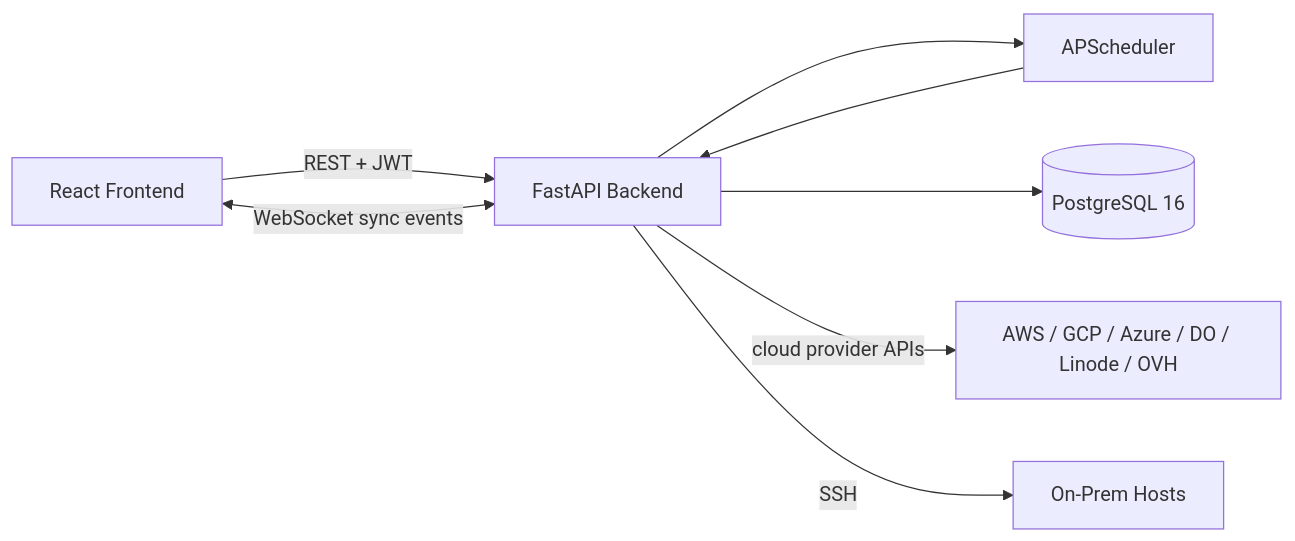
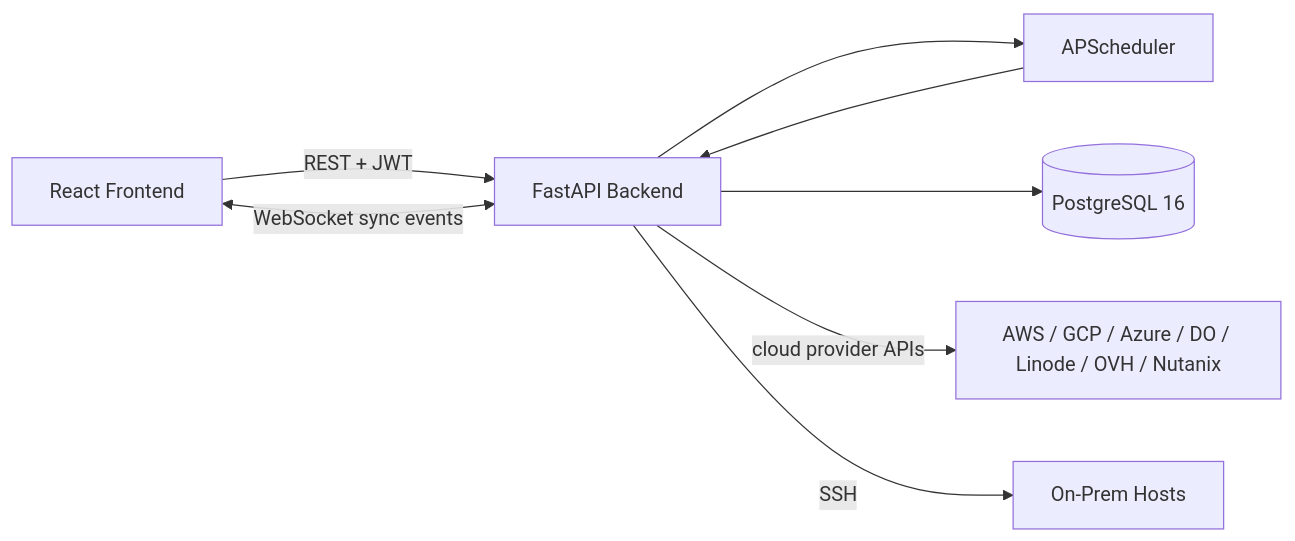
Before and after one commit to rushikeshsakharleofficial/server-inventory: the diagram in README.md, drawn with Mermaid. The commit also changed other lines of this file, not shown here.

Commit message:
document Nutanix provider and object storage in README

````diff
--- a/README.md
+++ b/README.md
@@ -339,10 +350,10 @@
 ```mermaid
 graph LR
     Browser[React Frontend] -- REST + JWT --> API[FastAPI Backend]
     Browser <-- WebSocket sync events --> API
     API --> Scheduler[APScheduler]
     API --> DB[(PostgreSQL 16)]
     Scheduler --> API
-    API -- cloud provider APIs --> Cloud[AWS / GCP / Azure / DO / Linode / OVH]
+    API -- cloud provider APIs --> Cloud[AWS / GCP / Azure / DO / Linode / OVH / Nutanix]
     API -- SSH --> OnPrem[On-Prem Hosts]
 ```
````
